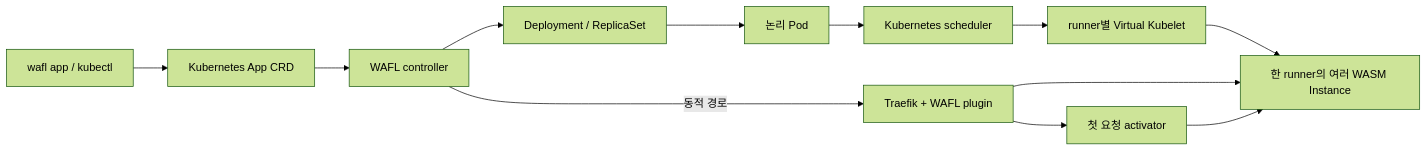
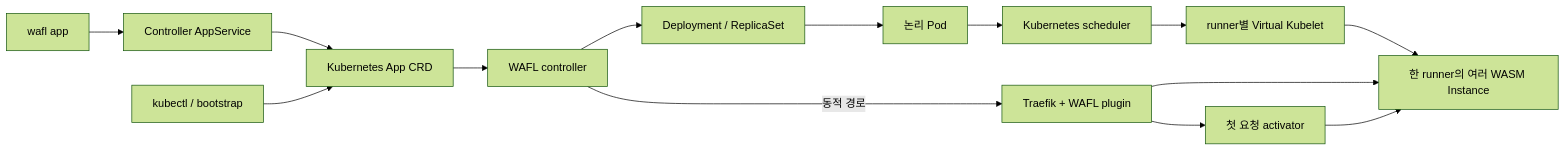
One commit to lesomnus/wafl changed the diagram in docs/controller.md. Above: the diagram before and after it, drawn with Mermaid (forest theme). The commit also changed other lines of this file and 23 other files, not shown here.

Commit message:
fix: route CLI app and traffic commands through WAFL APIs

````diff
--- a/docs/controller.md
+++ b/docs/controller.md
@@ -5,14 +5,16 @@
 ```mermaid
 flowchart LR
-  CLI[wafl app / kubectl] --> API[Kubernetes App CRD]
+  CLI[wafl app] --> RPC[Controller AppService]
+  RPC --> API[Kubernetes App CRD]
+  Operator[kubectl / bootstrap] --> API
   API --> C[WAFL controller]
   C --> D[Deployment / ReplicaSet]
   D --> P[논리 Pod]
   P --> S[Kubernetes scheduler]
   S --> V[runner별 Virtual Kubelet]
   V --> R[한 runner의 여러 WASM Instance]
   T[Traefik + WAFL plugin] --> R
   T --> A[첫 요청 activator]
   A --> R
   C -->|동적 경로| T
 ```
````
